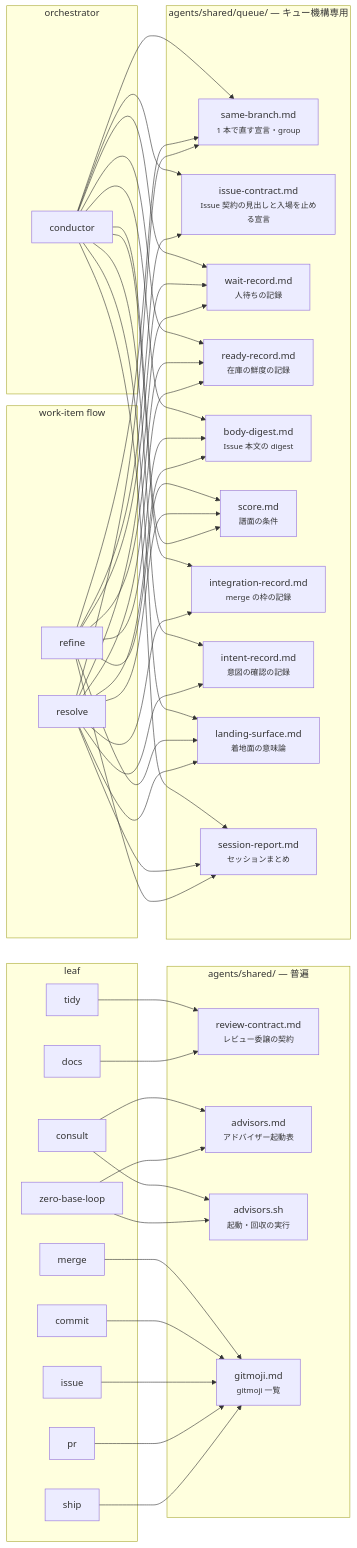
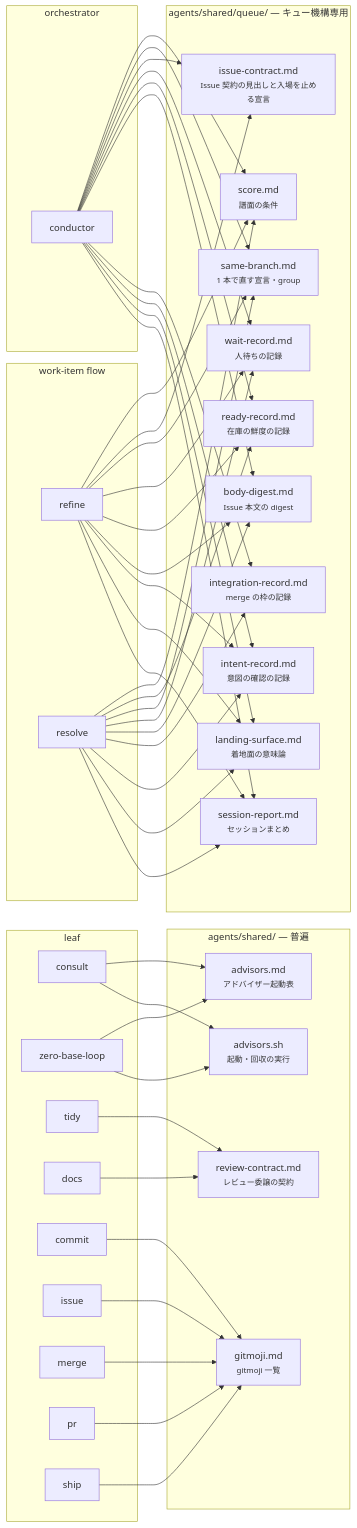
Before and after one commit to usagizmo/agentfiles: the second of 2 diagrams in agents/docs/structure.md, drawn with Mermaid. The commit also changed other lines of this file and 2 other files, not shown here.

````diff
--- a/agents/docs/structure.md
+++ b/agents/docs/structure.md
@@ -73,78 +72,79 @@
 ```mermaid
 flowchart LR
     subgraph orch["orchestrator"]
         CO[conductor]
     end
     subgraph flow["work-item flow"]
         RF[refine]
         RS[resolve]
     end
     subgraph leaf["leaf"]
         CS[consult]
         ZB[zero-base-loop]
         TD[tidy]
         DC[docs]
         CM[commit]
         IS[issue]
         ME[merge]
         PR[pr]
         SH[ship]
     end
     subgraph shared["agents/shared/ — 普遍"]
         RC["review-contract.md<br/><small>レビュー委譲の契約</small>"]
         AD["advisors.md<br/><small>アドバイザー起動表</small>"]
         AS["advisors.sh<br/><small>起動・回収の実行</small>"]
         GM["gitmoji.md<br/><small>gitmoji 一覧</small>"]
     end
     subgraph sharedq["agents/shared/queue/ — キュー機構専用"]
         SB["same-branch.md<br/><small>1 本で直す宣言・group</small>"]
         IC["issue-contract.md<br/><small>Issue 契約の見出しと入場を止める宣言</small>"]
         WR["wait-record.md<br/><small>人待ちの記録</small>"]
         RR["ready-record.md<br/><small>在庫の鮮度の記録</small>"]
         BD["body-digest.md<br/><small>Issue 本文の digest</small>"]
         AF["score.md<br/><small>譜面の条件</small>"]
         IR["integration-record.md<br/><small>merge の枠の記録</small>"]
         IT["intent-record.md<br/><small>意図の確認の記録</small>"]
         LS["landing-surface.md<br/><small>着地面の意味論</small>"]
         SR["session-report.md<br/><small>セッションまとめ</small>"]
     end
 
     RF --> AF
     RS --> AF
     CO --> AF
     CO --> SB
     CO --> IC
     RF --> IC
     CO --> WR
     CO --> RR
     CO --> BD
     RF --> SB
     RF --> WR
     RF --> RR
     RS --> RR
     ME --> GM
     RF --> BD
     RS --> SB
     RS --> WR
     RS --> BD
     CO --> IR
     RS --> IR
     CO --> IT
     RS --> IT
+    RF --> IT
     CO --> LS
     RF --> LS
     RS --> LS
     CO --> SR
     RS --> SR
     RF --> SR
     CS --> AD
     CS --> AS
     ZB --> AD
     ZB --> AS
     TD --> RC
     DC --> RC
     CM --> GM
     IS --> GM
     PR --> GM
     SH --> GM
 ```
````
